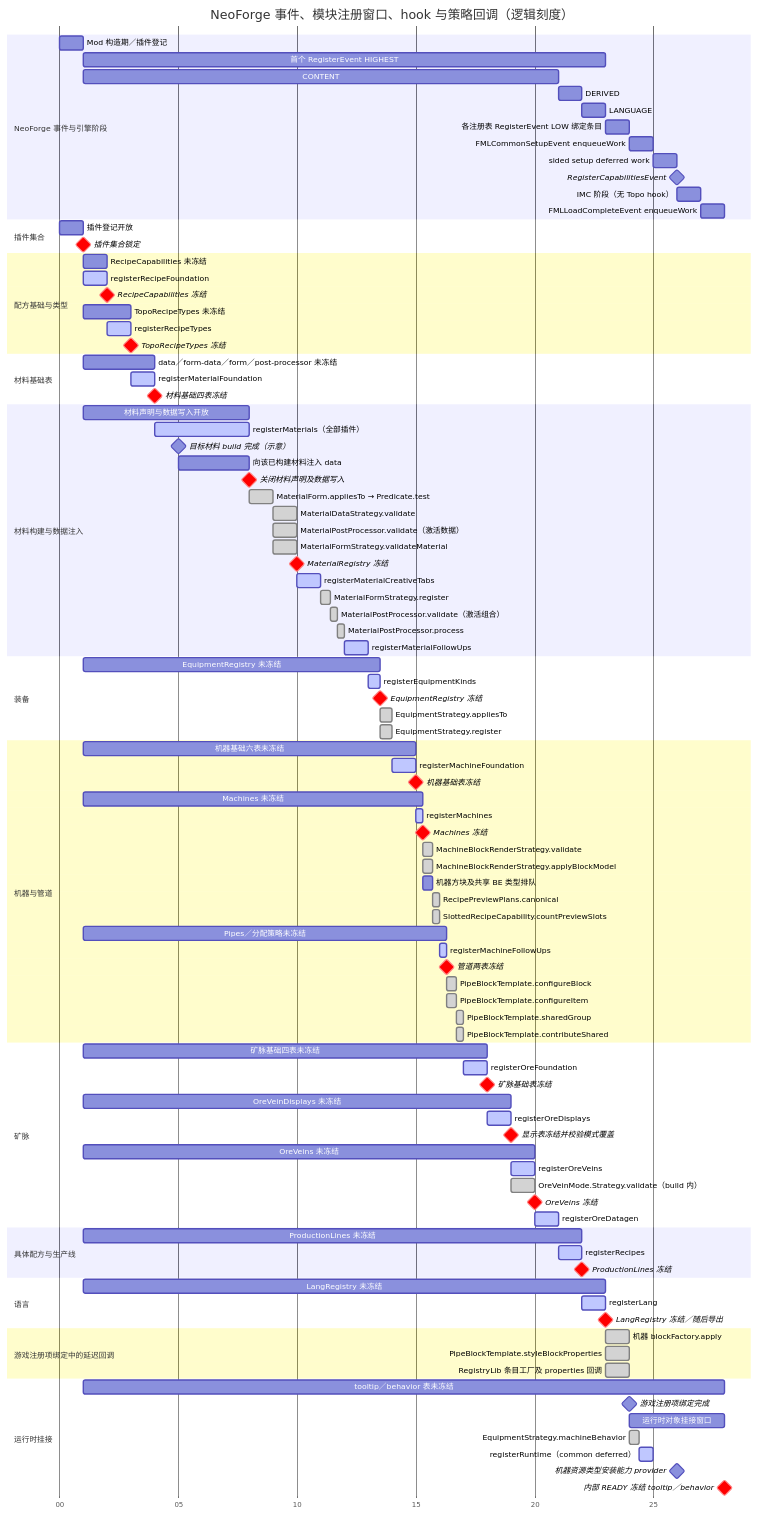
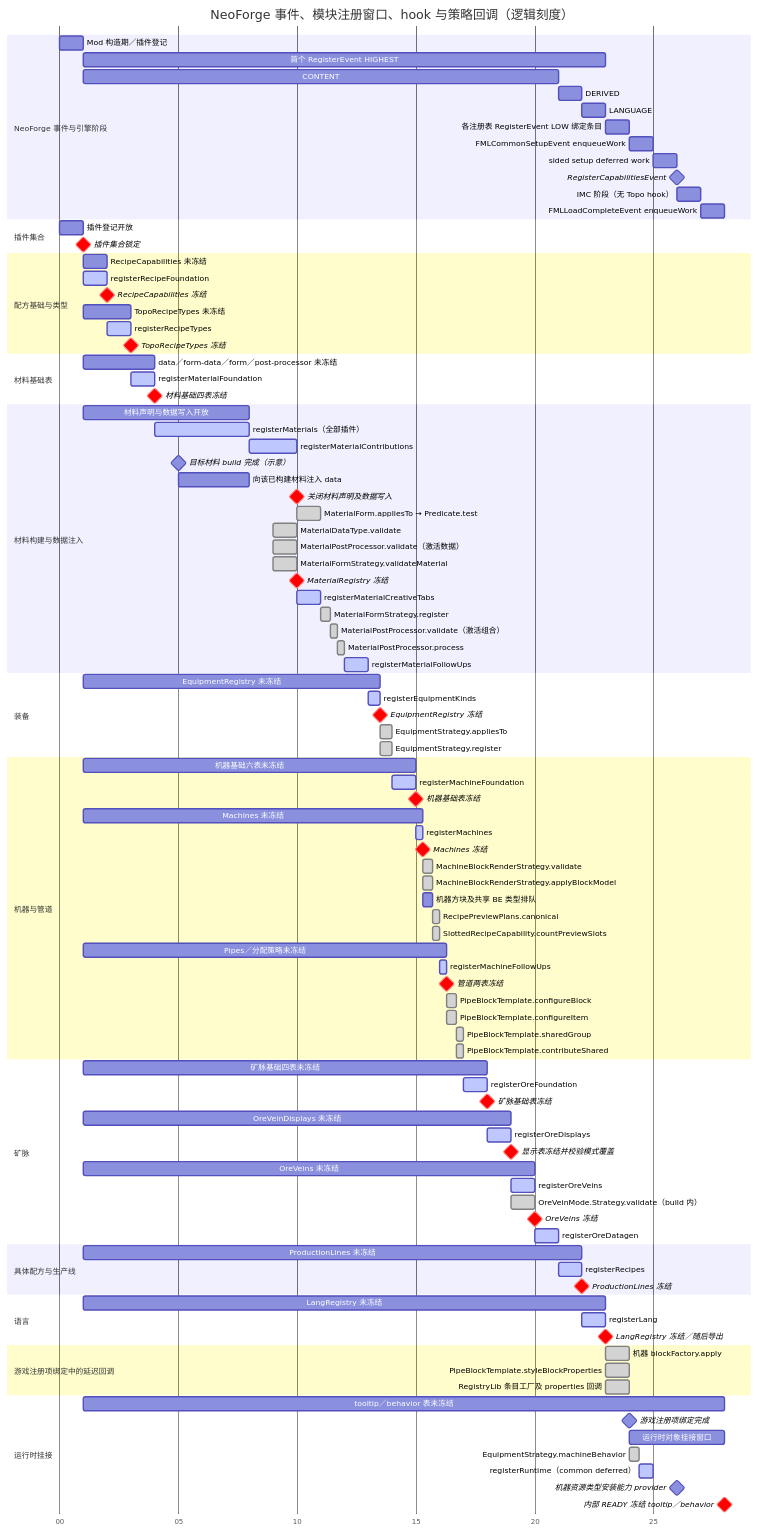
The diagram in docs-content/foundation/lifecycle.md (PhasetransCrystal/Topology), drawn with Mermaid before and after one commit. The commit also changed other lines of this file and 44 other files, not shown here.

First line of the commit message:
refactor: model material properties as independent data uses

```diff
--- a/docs-content/foundation/lifecycle.md
+++ b/docs-content/foundation/lifecycle.md
@@ -61,11 +61,12 @@
     section 材料构建与数据注入
     材料声明与数据写入开放              :materialWindow, 1000, 7s
     registerMaterials（全部插件）       :active, materials, 4000, 4s
+    registerMaterialContributions       :active, contributions, after materials, 2s
     目标材料 build 完成（示意）         :milestone, built, 5000, 0s
     向该已构建材料注入 data             :injection, after built, 3s
-    关闭材料声明及数据写入              :milestone, crit, dataClosed, after materials, 0s
+    关闭材料声明及数据写入              :milestone, crit, dataClosed, after contributions, 0s
     MaterialForm.appliesTo → Predicate.test :done, selection, after dataClosed, 1s
-    MaterialDataStrategy.validate        :done, dataValidation, 9000, 1s
+    MaterialDataType.validate           :done, dataValidation, 9000, 1s
     MaterialPostProcessor.validate（激活数据） :done, activationValidation, 9000, 1s
     MaterialFormStrategy.validateMaterial :done, validation, 9000, 1s
     MaterialRegistry 冻结               :milestone, crit, materialFrozen, after validation, 0s
```
